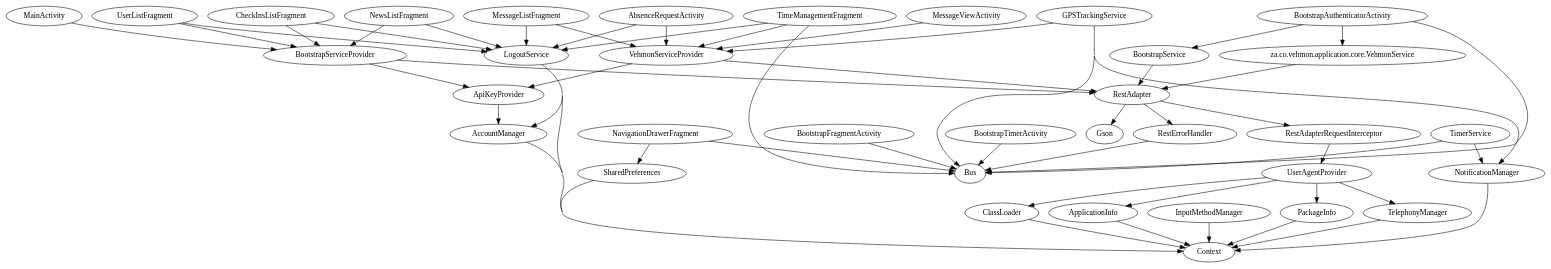
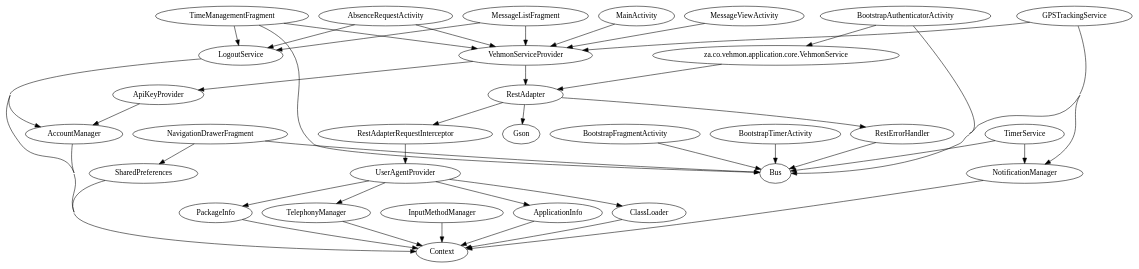
One commit to Renaldobenji/android-vehmon changed the diagram in app/build/intermediates/classes/debug/za/co/vehmon/application/RootModule.dot. Above: the diagram before and after it, drawn with Graphviz. The commit also changed 119 other files, not shown here.

```diff
--- a/app/build/intermediates/classes/debug/za/co/vehmon/application/RootModule.dot
+++ b/app/build/intermediates/classes/debug/za/co/vehmon/application/RootModule.dot
@@ -1,57 +1,47 @@
 digraph G1 {
   concentrate = true;
+  AbsenceRequestActivity -> LogoutService;
   AbsenceRequestActivity -> VehmonServiceProvider;
-  AbsenceRequestActivity -> LogoutService;
   AccountManager -> Context;
   ApiKeyProvider -> AccountManager;
   ApplicationInfo -> Context;
-  BootstrapAuthenticatorActivity -> BootstrapService;
+  BootstrapAuthenticatorActivity -> Bus;
   n2 [label="za.co.vehmon.application.core.VehmonService"];
   BootstrapAuthenticatorActivity -> n2;
-  BootstrapAuthenticatorActivity -> Bus;
   BootstrapFragmentActivity -> Bus;
-  BootstrapService -> RestAdapter;
-  BootstrapServiceProvider -> RestAdapter;
-  BootstrapServiceProvider -> ApiKeyProvider;
   BootstrapTimerActivity -> Bus;
-  CheckInsListFragment -> LogoutService;
-  CheckInsListFragment -> BootstrapServiceProvider;
   ClassLoader -> Context;
   GPSTrackingService -> VehmonServiceProvider;
   GPSTrackingService -> NotificationManager;
   GPSTrackingService -> Bus;
   InputMethodManager -> Context;
+  LogoutService -> Context;
   LogoutService -> AccountManager;
-  LogoutService -> Context;
-  MainActivity -> BootstrapServiceProvider;
+  MainActivity -> VehmonServiceProvider;
+  MessageListFragment -> LogoutService;
   MessageListFragment -> VehmonServiceProvider;
-  MessageListFragment -> LogoutService;
   MessageViewActivity -> VehmonServiceProvider;
   NavigationDrawerFragment -> SharedPreferences;
   NavigationDrawerFragment -> Bus;
-  NewsListFragment -> LogoutService;
-  NewsListFragment -> BootstrapServiceProvider;
   NotificationManager -> Context;
   PackageInfo -> Context;
+  RestAdapter -> RestAdapterRequestInterceptor;
   RestAdapter -> Gson;
   RestAdapter -> RestErrorHandler;
-  RestAdapter -> RestAdapterRequestInterceptor;
   RestAdapterRequestInterceptor -> UserAgentProvider;
   RestErrorHandler -> Bus;
   SharedPreferences -> Context;
   TelephonyManager -> Context;
+  TimeManagementFragment -> LogoutService;
   TimeManagementFragment -> VehmonServiceProvider;
-  TimeManagementFragment -> LogoutService;
   TimeManagementFragment -> Bus;
   TimerService -> NotificationManager;
   TimerService -> Bus;
+  UserAgentProvider -> TelephonyManager;
+  UserAgentProvider -> PackageInfo;
   UserAgentProvider -> ClassLoader;
-  UserAgentProvider -> TelephonyManager;
   UserAgentProvider -> ApplicationInfo;
-  UserAgentProvider -> PackageInfo;
-  UserListFragment -> LogoutService;
-  UserListFragment -> BootstrapServiceProvider;
   VehmonServiceProvider -> RestAdapter;
   VehmonServiceProvider -> ApiKeyProvider;
   n2 -> RestAdapter;
 }
```
